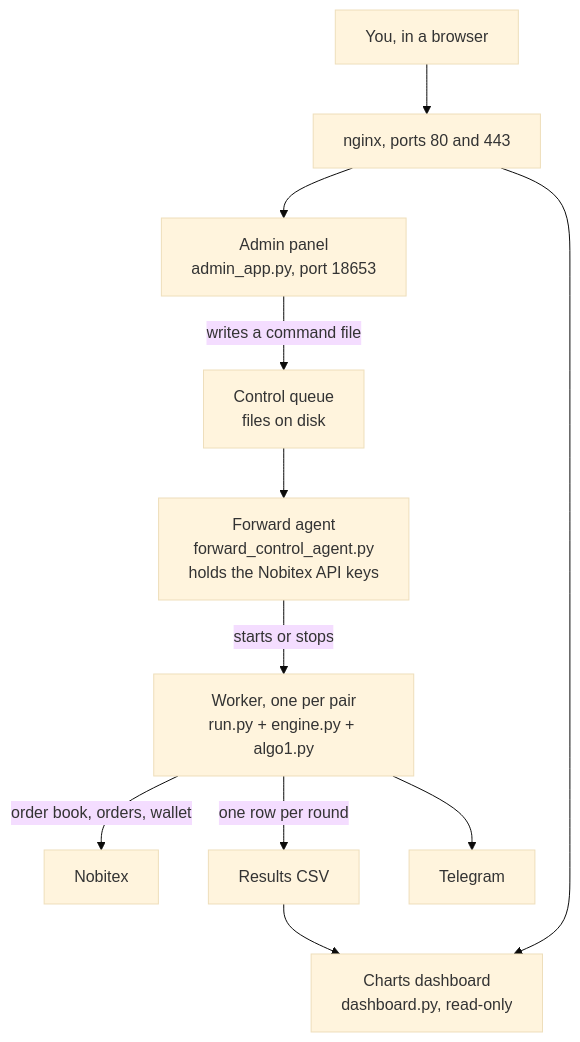
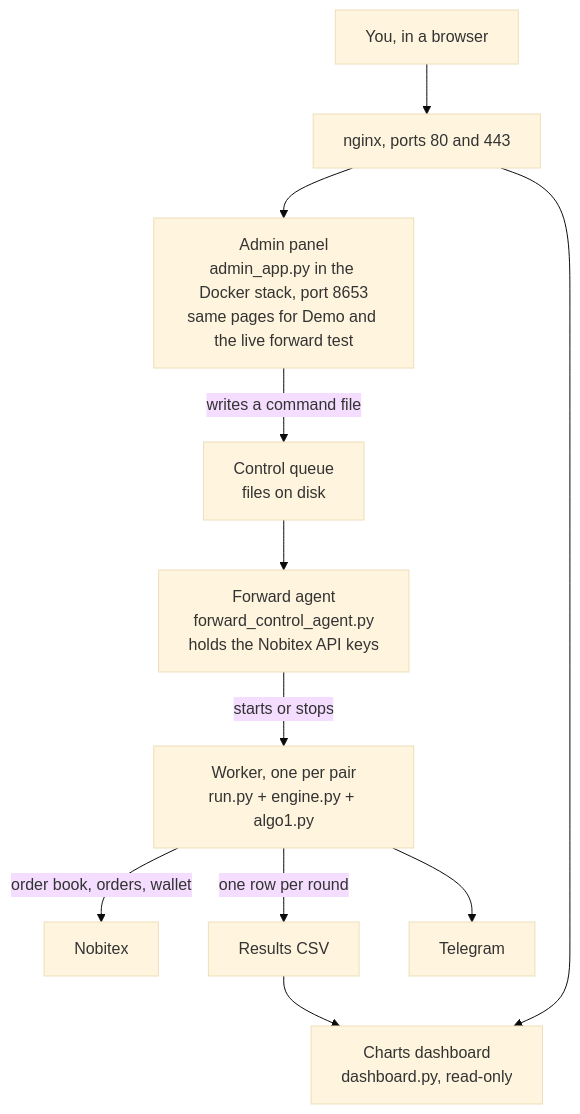
The first of 2 diagrams in PROJECT_GUIDE.md (Alireza77n/Limit-Order-Book), drawn with Mermaid (base theme) before and after one commit. The commit also changed other lines of this file, not shown here.

Commit message:
docs: the public admin link serves the Docker stack's admin
nginx now routes /admin/ on HTTPS (as it already did on HTTP) to the Docker admin on 8653, which drives both the Demo stack and the live forward test; the forward stack's own admin service stays internal because it has no Demo control directory.

````diff
--- a/PROJECT_GUIDE.md
+++ b/PROJECT_GUIDE.md
@@ -52,13 +52,13 @@
 ```mermaid
 flowchart TD
     U[You, in a browser] --> N[nginx, ports 80 and 443]
-    N --> A[Admin panel<br/>admin_app.py, port 18653]
+    N --> A[Admin panel<br/>admin_app.py in the Docker stack, port 8653<br/>same pages for Demo and the live forward test]
     N --> D[Charts dashboard<br/>dashboard.py, read-only]
     A -->|writes a command file| Q[Control queue<br/>files on disk]
     Q --> G[Forward agent<br/>forward_control_agent.py<br/>holds the Nobitex API keys]
     G -->|starts or stops| W[Worker, one per pair<br/>run.py + engine.py + algo1.py]
     W -->|order book, orders, wallet| X[Nobitex]
     W -->|one row per round| R[Results CSV]
     W --> T[Telegram]
     R --> D
 ```
````
